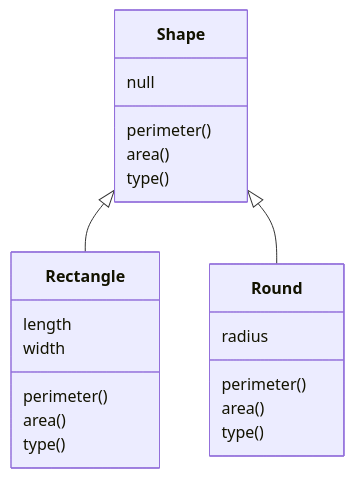
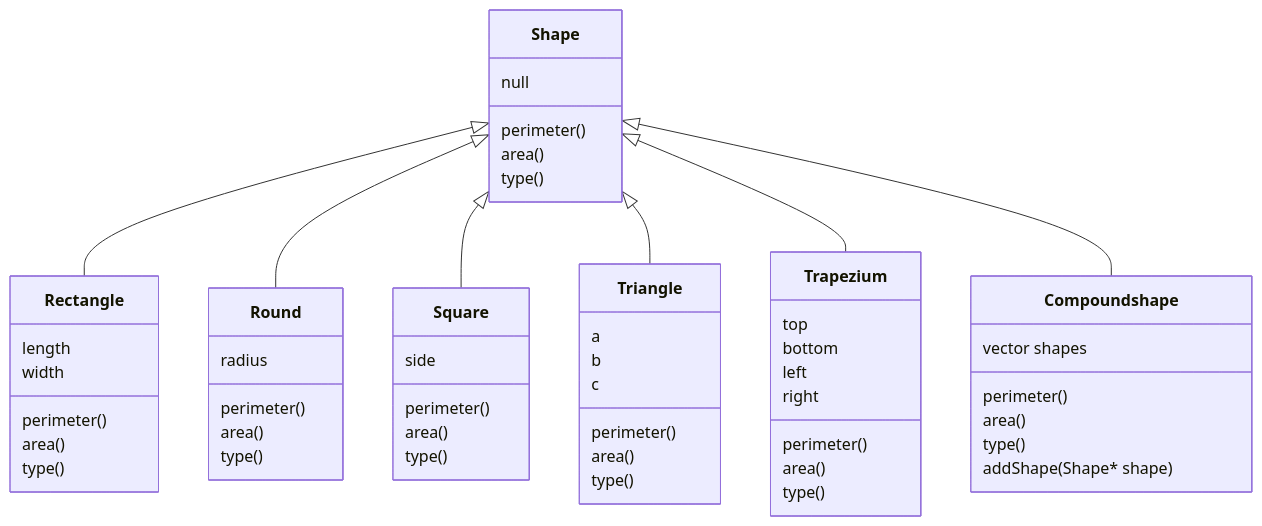
Before and after one commit to woshixty/KingTrainingCamp: the diagram in week03/README.md, drawn with Mermaid. The commit also changed other lines of this file and 17 other files, not shown here.

````diff
--- a/week03/README.md
+++ b/week03/README.md
@@ -26,23 +28,57 @@
 ```mermaid
 classDiagram
     class Shape
     Shape : null
     Shape : perimeter()
     Shape : area()
     Shape : type()
     
     class Rectangle
     Rectangle : length
     Rectangle : width
     Rectangle : perimeter()
     Rectangle : area()
     Rectangle : type()
     Shape <|-- Rectangle
     
     class Round
     Round : radius
     Round : perimeter()
     Round : area()
     Round : type()
     Shape <|-- Round
+    
+    class Square
+    Square : side
+    Square : perimeter()
+    Square : area()
+    Square : type()
+    Shape <|-- Square
+    
+    class Triangle
+    Triangle : a
+    Triangle : b
+    Triangle : c
+    Triangle : perimeter()
+    Triangle : area()
+    Triangle : type()
+    Shape <|-- Triangle
+    
+    class Trapezium
+    Trapezium : top
+    Trapezium : bottom
+    Trapezium : left
+    Trapezium : right
+    Trapezium : perimeter()
+    Trapezium : area()
+    Trapezium : type()
+    Shape <|-- Trapezium
+    
+    class Compoundshape
+    Compoundshape : vector<Shape*> shapes
+    Compoundshape : perimeter()
+    Compoundshape : area()
+    Compoundshape : type()
+    Compoundshape : addShape(Shape* shape)
+    Shape <|-- Compoundshape
 ```
````
